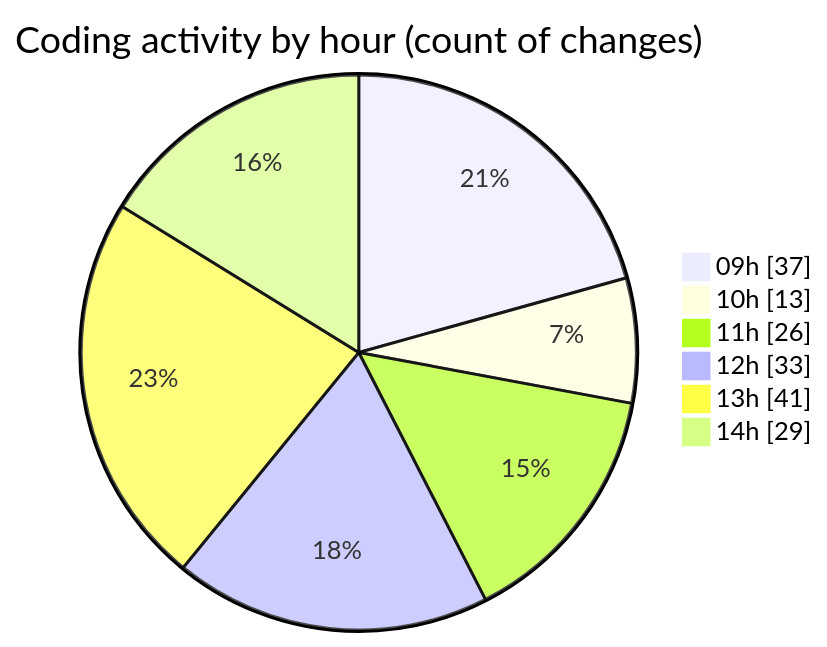
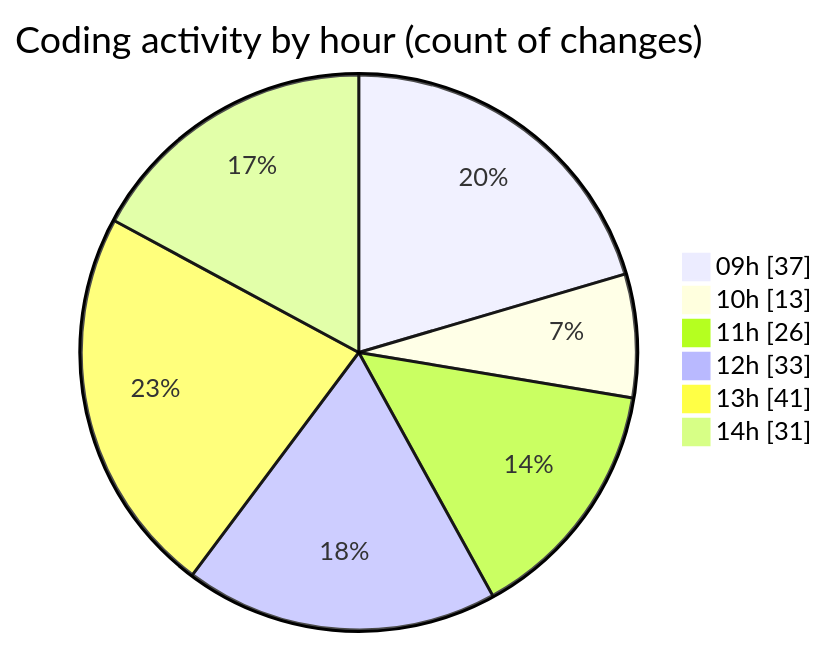
Before and after one commit to momahboobian/code-tracking: the second of 2 diagrams in 2026-04-23/cda/README.md, drawn with Mermaid. The commit also changed other lines of this file and 1 other file, not shown here.

````diff
--- a/2026-04-23/cda/README.md
+++ b/2026-04-23/cda/README.md
@@ -53,10 +54,10 @@
 ```mermaid
 pie showData
 title Coding activity by hour (count of changes)
 "09h" : 37
 "10h" : 13
 "11h" : 26
 "12h" : 33
 "13h" : 41
-"14h" : 29
+"14h" : 31
 ```
````
